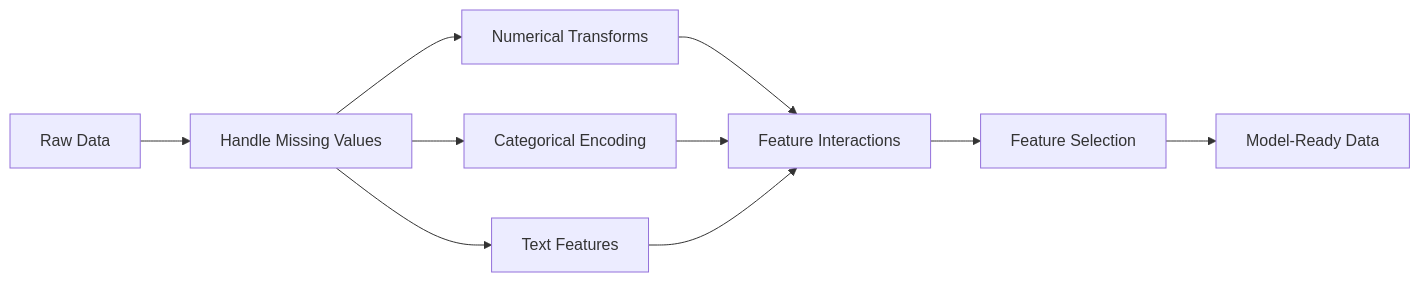
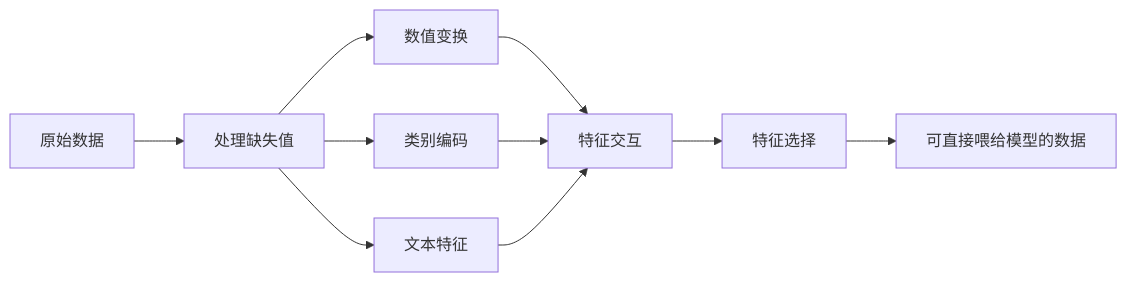
Before and after one commit to JerryC8080/ai-engineering-from-scratch-zh: the diagram in phases/02-ml-fundamentals/08-feature-engineering/docs/zh.md, drawn with Mermaid. The commit also changed 156 other files, not shown here.

First line of the commit message:
i18n(zh): translate mermaid diagram labels in 157 lesson zh.md

````diff
--- a/phases/02-ml-fundamentals/08-feature-engineering/docs/zh.md
+++ b/phases/02-ml-fundamentals/08-feature-engineering/docs/zh.md
@@ -33,12 +33,12 @@
 ```mermaid
 flowchart LR
-    A[Raw Data] --> B[Handle Missing Values]
-    B --> C[Numerical Transforms]
-    B --> D[Categorical Encoding]
-    B --> E[Text Features]
-    C --> F[Feature Interactions]
+    A[原始数据] --> B[处理缺失值]
+    B --> C[数值变换]
+    B --> D[类别编码]
+    B --> E[文本特征]
+    C --> F[特征交互]
     D --> F
     E --> F
-    F --> G[Feature Selection]
-    G --> H[Model-Ready Data]
+    F --> G[特征选择]
+    G --> H[可直接喂给模型的数据]
 ```
````
